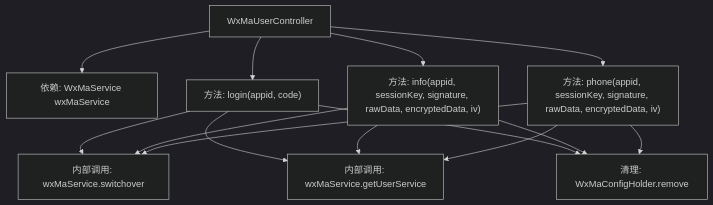
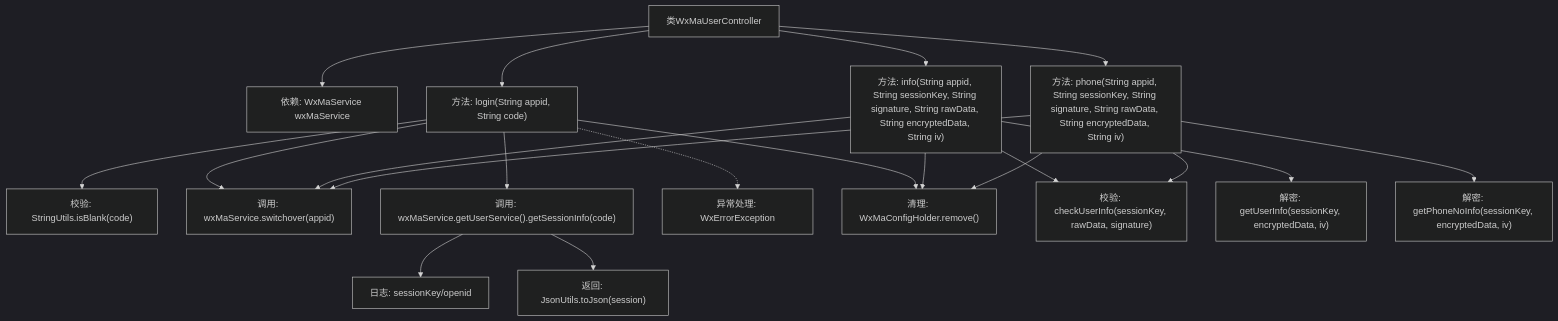
Before and after one commit to v-wjrong/rongwj666_weixin-java-miniapp-demo: the second of 2 diagrams in docs/zh/docs/src/main/java/com/github/binarywang/demo/wx/miniapp/controller/WxMaUserController.md, drawn with Mermaid (dark theme). The commit also changed other lines of this file and 49 other files, not shown here.

````diff
--- a/docs/zh/docs/src/main/java/com/github/binarywang/demo/wx/miniapp/controller/WxMaUserController.md
+++ b/docs/zh/docs/src/main/java/com/github/binarywang/demo/wx/miniapp/controller/WxMaUserController.md
@@ -78,25 +93,38 @@
 ```mermaid
 graph TD
-    A["WxMaUserController"]
+    A["类WxMaUserController"]
     B["依赖: WxMaService wxMaService"]
-    C["方法: login(appid, code)"]
-    D["方法: info(appid, sessionKey, signature, rawData, encryptedData, iv)"]
-    E["方法: phone(appid, sessionKey, signature, rawData, encryptedData, iv)"]
-    F["内部调用: wxMaService.switchover"]
-    G["内部调用: wxMaService.getUserService"]
-    H["清理: WxMaConfigHolder.remove"]
+    C["方法: login(String appid, String code)"]
+    D["方法: info(String appid, String sessionKey, String signature, String rawData, String encryptedData, String iv)"]
+    E["方法: phone(String appid, String sessionKey, String signature, String rawData, String encryptedData, String iv)"]
+    F["校验: StringUtils.isBlank(code)"]
+    G["调用: wxMaService.switchover(appid)"]
+    H["调用: wxMaService.getUserService().getSessionInfo(code)"]
+    I["日志: sessionKey/openid"]
+    J["返回: JsonUtils.toJson(session)"]
+    K["异常处理: WxErrorException"]
+    L["清理: WxMaConfigHolder.remove()"]
+    M["校验: checkUserInfo(sessionKey, rawData, signature)"]
+    N["解密: getUserInfo(sessionKey, encryptedData, iv)"]
+    O["解密: getPhoneNoInfo(sessionKey, encryptedData, iv)"]
 
     A --> B
     A --> C
     A --> D
     A --> E
     C --> F
     C --> G
     C --> H
-    D --> F
+    H --> I
+    H --> J
+    C -.-> K
+    C --> L
     D --> G
-    D --> H
-    E --> F
+    D --> M
+    D --> N
+    D --> L
     E --> G
-    E --> H
+    E --> M
+    E --> O
+    E --> L
 ```
````
